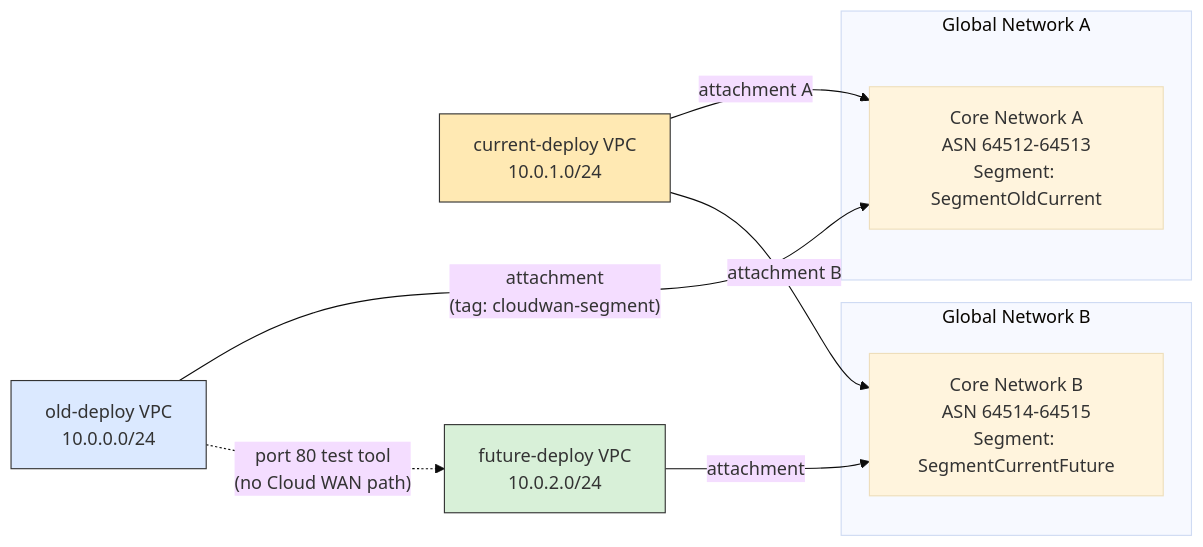
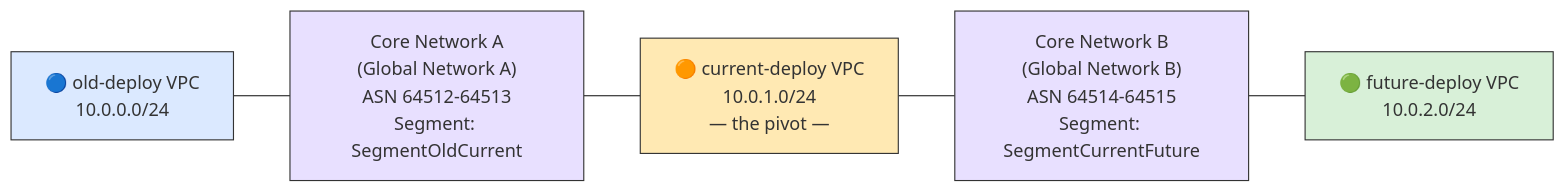
The diagram in README.md (adolfobolivar/dual-home-cloudwan-test), drawn with Mermaid (base theme) before and after one commit. The commit also changed other lines of this file and 15 other files, not shown here.

````diff
--- a/README.md
+++ b/README.md
@@ -23,25 +17,16 @@
 ```mermaid
 flowchart LR
-    subgraph GNA["Global Network A"]
-        CNA["Core Network A<br/>ASN 64512-64513<br/>Segment: SegmentOldCurrent"]
-    end
+    OLD["🔵 old-deploy VPC<br/>10.0.0.0/24"]
+    CNA["Core Network A<br/>(Global Network A)<br/>ASN 64512-64513<br/>Segment: SegmentOldCurrent"]
+    CUR["🟠 current-deploy VPC<br/>10.0.1.0/24<br/>— the pivot —"]
+    CNB["Core Network B<br/>(Global Network B)<br/>ASN 64514-64515<br/>Segment: SegmentCurrentFuture"]
+    FUT["🟢 future-deploy VPC<br/>10.0.2.0/24"]
 
-    subgraph GNB["Global Network B"]
-        CNB["Core Network B<br/>ASN 64514-64515<br/>Segment: SegmentCurrentFuture"]
-    end
-
-    OLD["old-deploy VPC<br/>10.0.0.0/24"]
-    CUR["current-deploy VPC<br/>10.0.1.0/24"]
-    FUT["future-deploy VPC<br/>10.0.2.0/24"]
-
-    OLD -- "attachment<br/>(tag: cloudwan-segment)" --> CNA
-    CUR -- "attachment A" --> CNA
-    CUR -- "attachment B" --> CNB
-    FUT -- "attachment" --> CNB
-
-    OLD -.->|"port 80 test tool<br/>(no Cloud WAN path)"| FUT
+    OLD --- CNA --- CUR --- CNB --- FUT
 
     style OLD fill:#dbe9ff,stroke:#333
     style CUR fill:#ffe9b3,stroke:#333
     style FUT fill:#d8f0d8,stroke:#333
+    style CNA fill:#e8e0ff,stroke:#333
+    style CNB fill:#e8e0ff,stroke:#333
 ```
````
